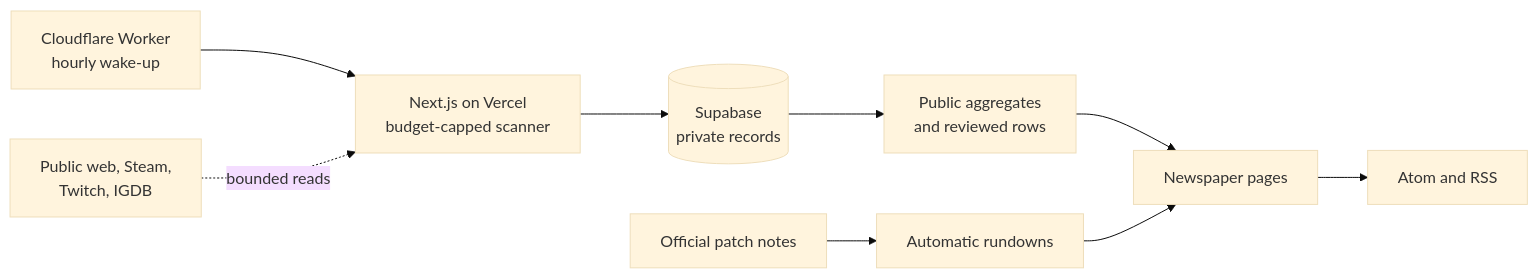
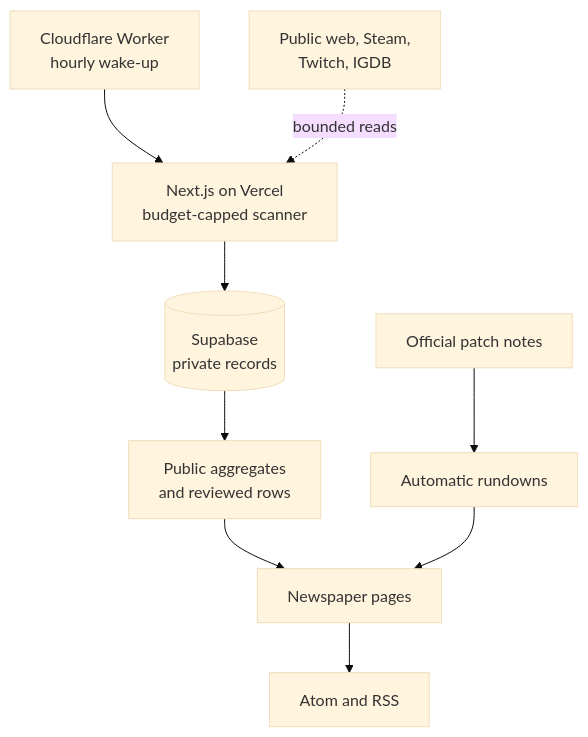
Before and after one commit to Statusnone420/Crimson-Desert-Report-Hub: the diagram in README.md, drawn with Mermaid (base theme). The commit also changed other lines of this file and 3 other files, not shown here.

````diff
--- a/README.md
+++ b/README.md
@@ -64,11 +60,11 @@
 ```mermaid
-flowchart LR
+flowchart TD
     cron["Cloudflare Worker<br/>hourly wake-up"] --> app["Next.js on Vercel<br/>budget-capped scanner"]
     web["Public web, Steam,<br/>Twitch, IGDB"] -. bounded reads .-> app
     app --> db[("Supabase<br/>private records")]
     db --> agg["Public aggregates<br/>and reviewed rows"]
     official["Official patch notes"] --> rundowns["Automatic rundowns"]
     agg --> pages["Newspaper pages"]
     rundowns --> pages
     pages --> feeds["Atom and RSS"]
 ```
````
